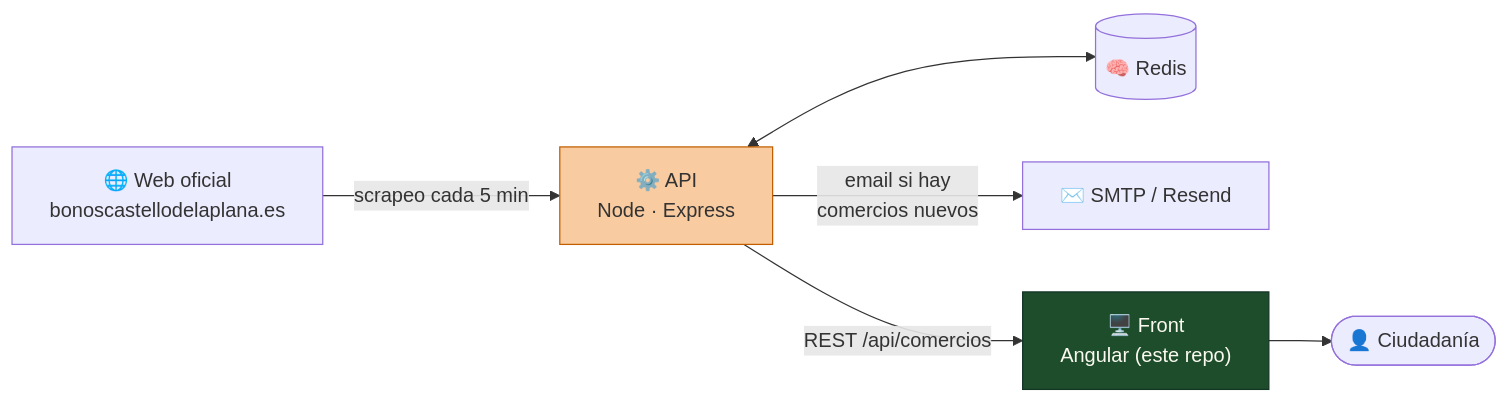
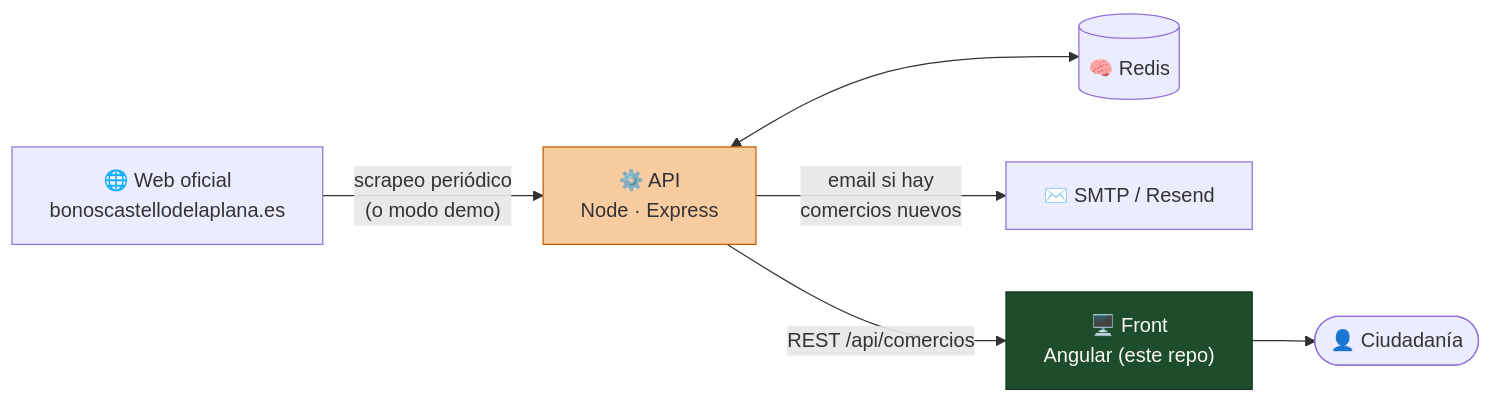
One commit to ElMaxter99/castellon-comercio-notificator-front changed the diagram in README.md. Above: the diagram before and after it, drawn with Mermaid. The commit also changed other lines of this file and 6 other files, not shown here.

````diff
--- a/README.md
+++ b/README.md
@@ -45,11 +50,11 @@
 ```mermaid
 flowchart LR
-    W["🌐 Web oficial<br/>bonoscastellodelaplana.es"] -- "scrapeo cada 5 min" --> A["⚙️ API<br/>Node · Express"]
+    W["🌐 Web oficial<br/>bonoscastellodelaplana.es"] -- "scrapeo periódico<br/>(o modo demo)" --> A["⚙️ API<br/>Node · Express"]
     A <--> R[("🧠 Redis")]
     A -- "email si hay<br/>comercios nuevos" --> M["✉️ SMTP / Resend"]
     A -- "REST /api/comercios" --> F["🖥️ Front<br/>Angular (este repo)"]
     F --> U(["👤 Ciudadanía"])
 
     style F fill:#1E4D2B,color:#FBFAF0,stroke:#123524
     style A fill:#F9CBA0,stroke:#C25E00
 ```
````
